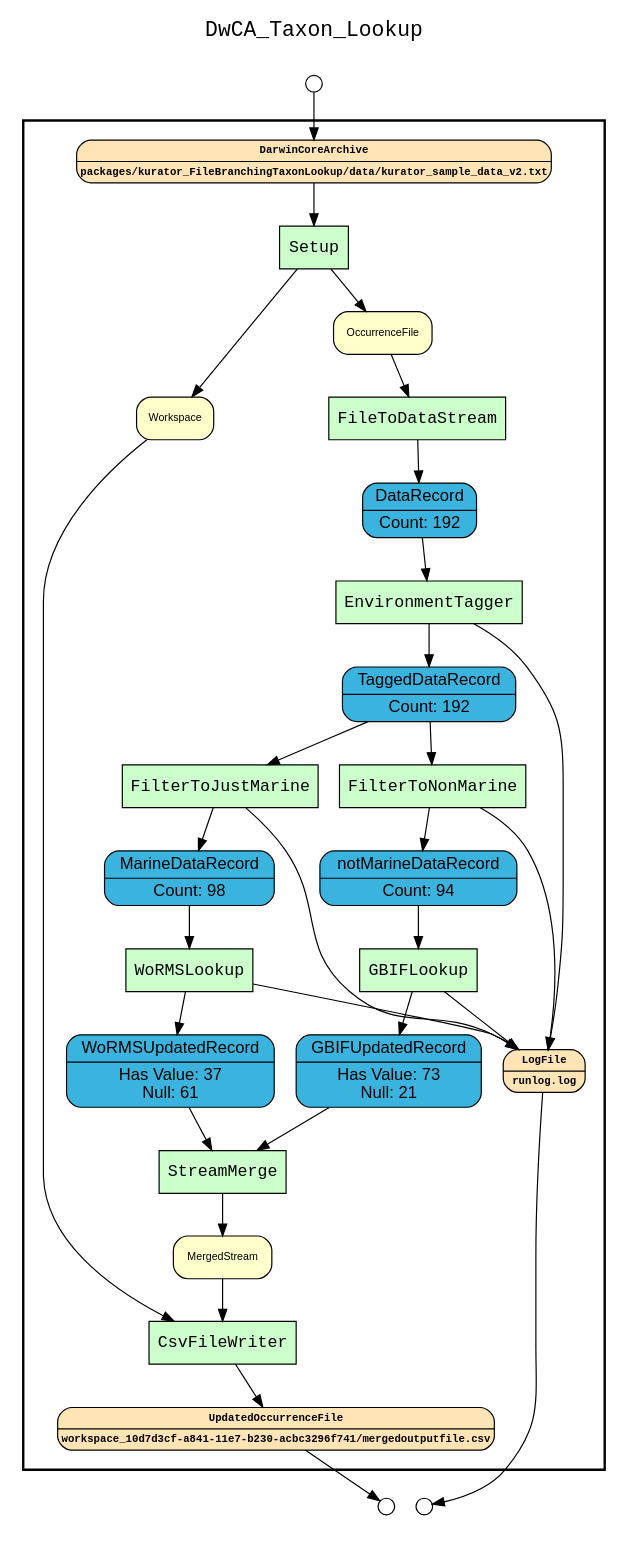
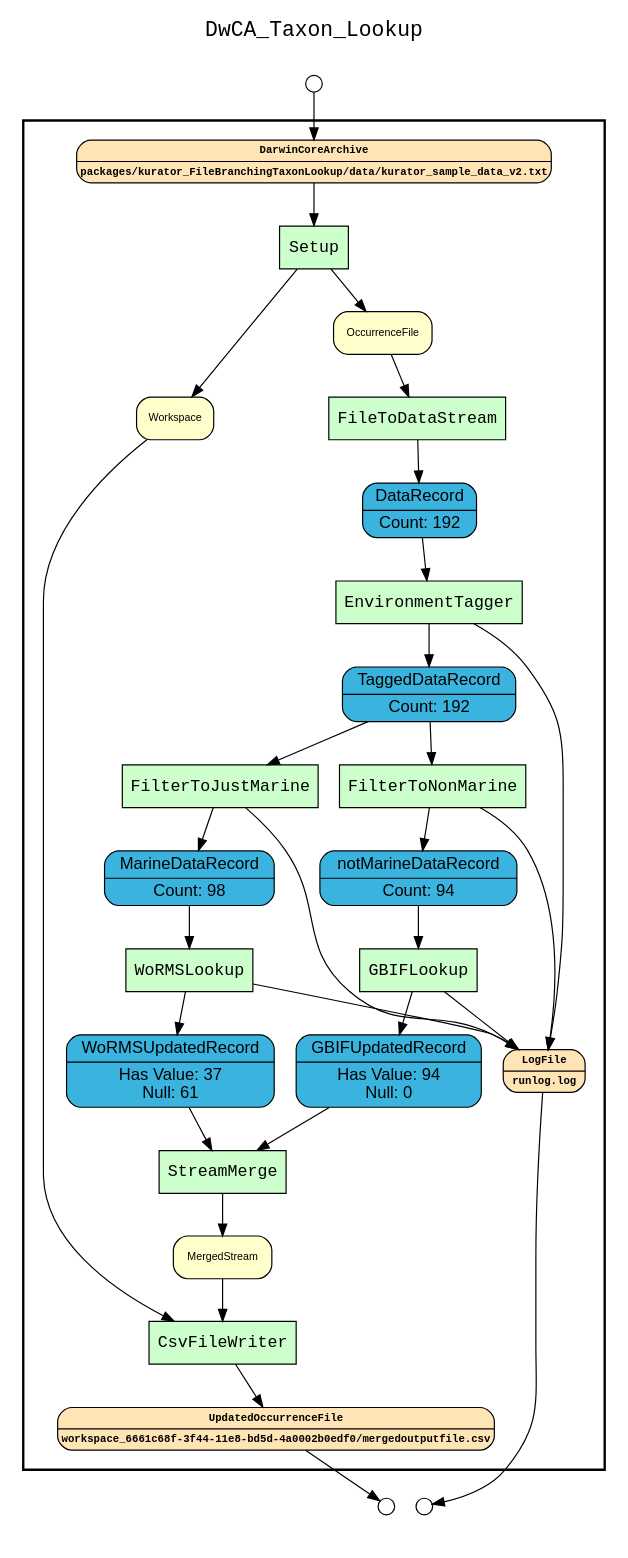
The diagram in kurator_FileBranchingTaxonLookup/workflows/results/wf_recon_complete_graph_of_aggregate_level.gv (kurator-org/kurator-TDWG17-YW), drawn with Graphviz before and after one commit. The commit also changed 58 other files, not shown here.

```diff
--- a/kurator_FileBranchingTaxonLookup/workflows/results/wf_recon_complete_graph_of_aggregate_level.gv
+++ b/kurator_FileBranchingTaxonLookup/workflows/results/wf_recon_complete_graph_of_aggregate_level.gv
@@ -1,84 +1,84 @@
 
 digraph yw_data_view {
 rankdir=TB
 fontname=Courier; fontsize=18; labelloc=t
 label="DwCA_Taxon_Lookup"
 subgraph cluster_workflow { label=""; color=black; penwidth=2
 subgraph cluster_workflow_inner { label=""; color=white
 node[shape=box style="filled" fillcolor="#CCFFCC" peripheries=1 fontname=Courier]
 Setup
 FileToDataStream
 EnvironmentTagger
 FilterToJustMarine
 FilterToNonMarine
 WoRMSLookup
 GBIFLookup
 StreamMerge
 CsvFileWriter
 node[shape=box style="filled" fillcolor="#CCFFCC" peripheries=1 fontname=Courier]
 node[shape=box style="rounded,filled" fillcolor="#3ab4df" peripheries=1 fontname=Helvetica]
 DataRecord[shape=record rankdir=LR label="{<f0> DataRecord |<f1>Count: 192\n}"]
 TaggedDataRecord[shape=record rankdir=LR label="{<f0> TaggedDataRecord |<f1>Count: 192\n}"]
 MarineDataRecord[shape=record rankdir=LR label="{<f0> MarineDataRecord |<f1>Count: 98\n}"]
 notMarineDataRecord[shape=record rankdir=LR label="{<f0> notMarineDataRecord |<f1>Count: 94\n}"]
 node[shape=box style="rounded,filled" fillcolor="#3ab4df" peripheries=1 fontname=Helvetica]
 WoRMSUpdatedRecord[shape=record rankdir=LR label="{<f0> WoRMSUpdatedRecord |<f1>Has Value: 37\n Null: 61\n}"]
-GBIFUpdatedRecord[shape=record rankdir=LR label="{<f0> GBIFUpdatedRecord |<f1>Has Value: 73\n Null: 21\n}"]
+GBIFUpdatedRecord[shape=record rankdir=LR label="{<f0> GBIFUpdatedRecord |<f1>Has Value: 94\n Null: 0\n}"]
 node[shape=box style="rounded,filled" fillcolor="#FFE4B5" peripheries=1 fontname="Courier-Bold" fontsize=9]
 DarwinCoreArchive[shape=record rankdir=LR label="{<f0> DarwinCoreArchive |<f1>packages/kurator_FileBranchingTaxonLookup/data/kurator_sample_data_v2.txt\n}"]
 node[shape=box style="rounded,filled" fillcolor="#FFFFCC" peripheries=1 fontname=Helvetica]
 Workspace
 OccurrenceFile
 DataRecord
 TaggedDataRecord
 MarineDataRecord
 notMarineDataRecord
 WoRMSUpdatedRecord
 GBIFUpdatedRecord
 MergedStream
 node[shape=box style="rounded,filled" fillcolor="#FFE4B5" peripheries=1 fontname="Courier-Bold" fontsize=9]
 LogFile[shape=record rankdir=LR label="{<f0> LogFile |<f1>runlog.log\n}"]
-UpdatedOccurrenceFile[shape=record rankdir=LR label="{<f0> UpdatedOccurrenceFile |<f1>workspace_10d7d3cf-a841-11e7-b230-acbc3296f741/mergedoutputfile.csv\n}"]
+UpdatedOccurrenceFile[shape=record rankdir=LR label="{<f0> UpdatedOccurrenceFile |<f1>workspace_6661c68f-3f44-11e8-bd5d-4a0002b0edf0/mergedoutputfile.csv\n}"]
 node[shape=box style="rounded,filled" fillcolor="#FFFFFF" peripheries=1 fontname=Helvetica]
 }}
 subgraph cluster_inflows { label=""; color=white; penwidth=2
 subgraph cluster_inflows_inner { label=""; color=white
 node[shape=circle fillcolor="#FFFFFF" peripheries=1 width=0.2]
 DarwinCoreArchive_inflow [label=""]
 }}
 subgraph cluster_outflows { label=""; color=white; penwidth=2
 subgraph cluster_outflows_inner { label=""; color=white
 node[shape=circle fillcolor="#FFFFFF" peripheries=1 width=0.2]
 LogFile_outflow [label=""]
 UpdatedOccurrenceFile_outflow [label=""]
 }}
 DarwinCoreArchive -> Setup
 Workspace -> CsvFileWriter
 OccurrenceFile -> FileToDataStream
 DataRecord -> EnvironmentTagger
 TaggedDataRecord -> FilterToJustMarine
 TaggedDataRecord -> FilterToNonMarine
 MarineDataRecord -> WoRMSLookup
 notMarineDataRecord -> GBIFLookup
 WoRMSUpdatedRecord -> StreamMerge
 GBIFUpdatedRecord -> StreamMerge
 MergedStream -> CsvFileWriter
 Setup -> Workspace
 Setup -> OccurrenceFile
 FileToDataStream -> DataRecord
 EnvironmentTagger -> LogFile
 EnvironmentTagger -> TaggedDataRecord
 FilterToJustMarine -> LogFile
 FilterToJustMarine -> MarineDataRecord
 FilterToNonMarine -> LogFile
 FilterToNonMarine -> notMarineDataRecord
 WoRMSLookup -> LogFile
 WoRMSLookup -> WoRMSUpdatedRecord
 GBIFLookup -> LogFile
 GBIFLookup -> GBIFUpdatedRecord
 StreamMerge -> MergedStream
 CsvFileWriter -> UpdatedOccurrenceFile
 DarwinCoreArchive_inflow -> DarwinCoreArchive
 LogFile -> LogFile_outflow
 UpdatedOccurrenceFile -> UpdatedOccurrenceFile_outflow
 }
```
